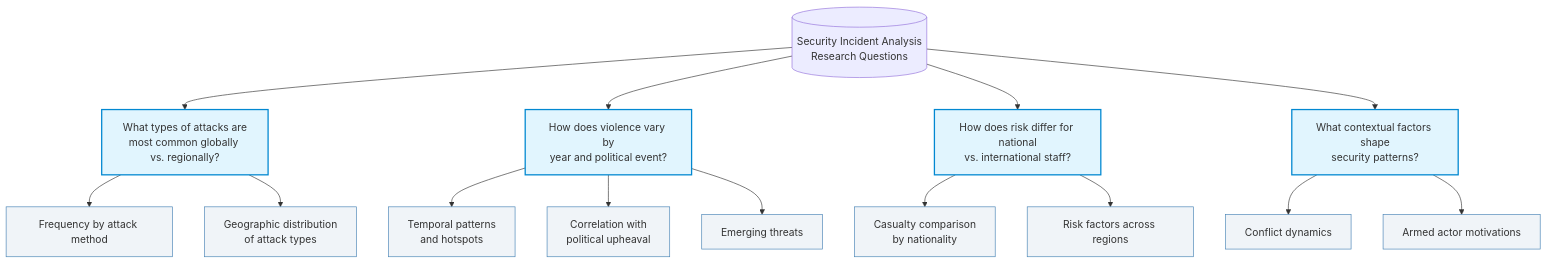
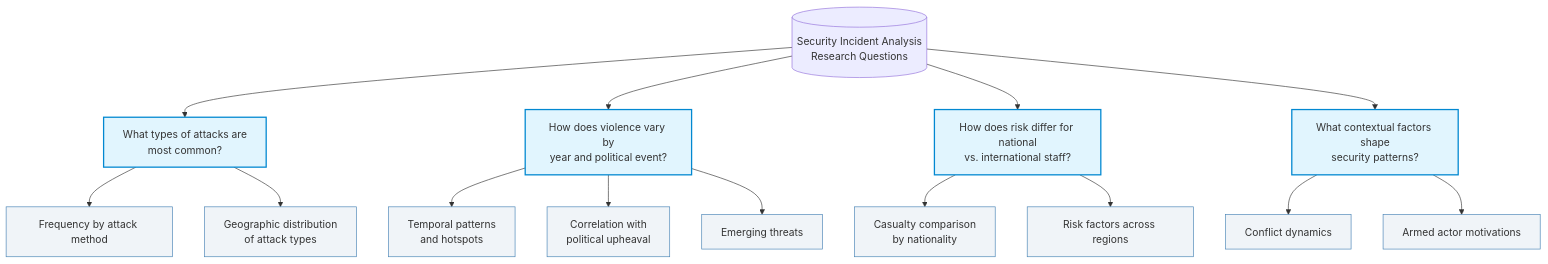
Before and after one commit to kristinmlloyd/Mini_Project: the diagram in website/index.qmd, drawn with Mermaid. The commit also changed other lines of this file and 13 other files, not shown here.

````diff
--- a/website/index.qmd
+++ b/website/index.qmd
@@ -31,26 +34,26 @@
 ```{mermaid}
 flowchart TD
     classDef primary fill:#e1f5fe,stroke:#0288d1,stroke-width:2px
     classDef secondary fill:#f0f4f8,stroke:#4682b4,stroke-width:1px
     classDef highlight fill:#fce4ec,stroke:#d81b60,stroke-width:2px
 
     title[("Security Incident Analysis<br>Research Questions")] 
     title --> A & B & C & D
     
-    A["What types of attacks are<br>most common globally vs. regionally?"]:::primary
+    A["What types of attacks are<br>most common?"]:::primary
     A --> A1["Frequency by attack method"]:::secondary
     A --> A2["Geographic distribution<br>of attack types"]:::secondary
     
     B["How does violence vary by<br>year and political event?"]:::primary
     B --> B1["Temporal patterns<br>and hotspots"]:::secondary
     B --> B2["Correlation with<br>political upheaval"]:::secondary
     B --> B3["Emerging threats"]:::secondary
     
     C["How does risk differ for national<br>vs. international staff?"]:::primary
     C --> C1["Casualty comparison<br>by nationality"]:::secondary
     C --> C2["Risk factors across regions"]:::secondary
     
     D["What contextual factors shape<br>security patterns?"]:::primary
     D --> D1["Conflict dynamics"]:::secondary
     D --> D3["Armed actor motivations"]:::secondary
 ```
````
